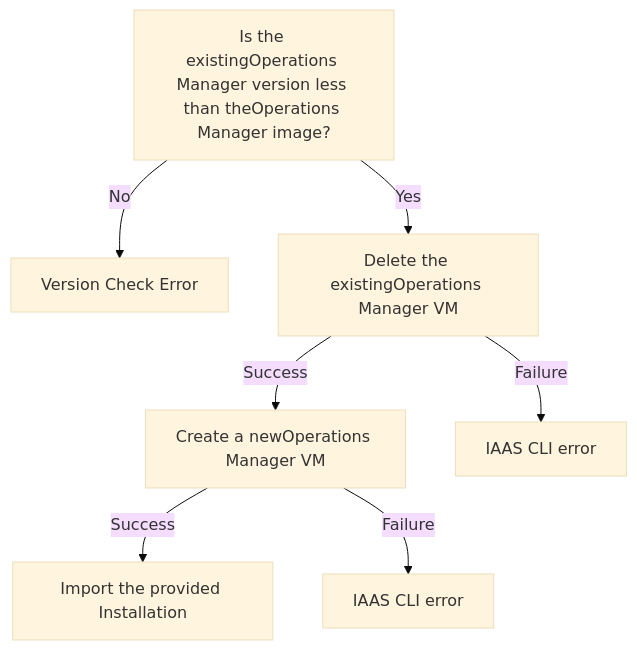
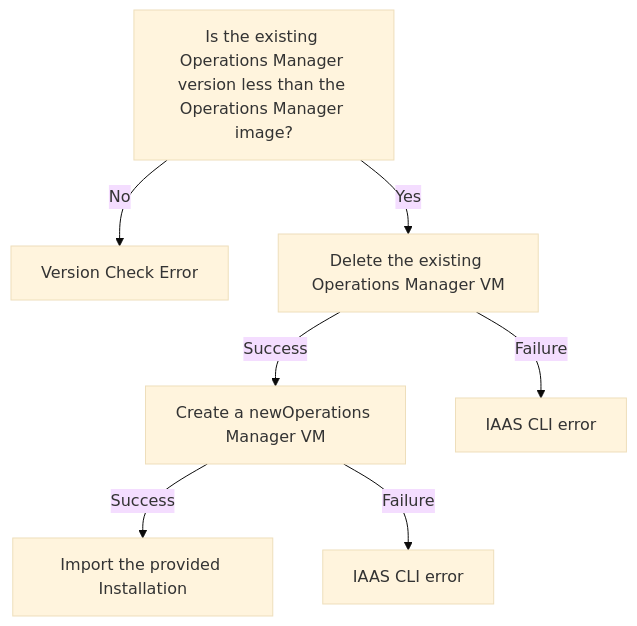
Before and after one commit to pivotal/docs-platform-automation: the diagram in docs/upgrade-flowchart.mmd, drawn with Mermaid (base theme). The commit also changed 41 other files, not shown here.

Commit message:
update links and fix typos in 'Operations Manager'

```diff
--- a/docs/upgrade-flowchart.mmd
+++ b/docs/upgrade-flowchart.mmd
@@ -1,16 +1,16 @@
 <div class="mermaid">
 graph TD;
-  versionChk[Is the existingOperations Manager version less than theOperations Manager image?];
+  versionChk[Is the existing Operations Manager version less than the Operations Manager image?];
   versionError[Version Check Error];
-  delete[Delete the existingOperations Manager VM];
+  delete[Delete the existing Operations Manager VM];
   create[Create a newOperations Manager VM];
   iaasErr[IAAS CLI error];
   import[Import the provided Installation];
   iaasErr2[IAAS CLI error];
   versionChk -- No --> versionError;
   versionChk -- Yes --> delete;
   delete -- Success --> create;
   delete -- Failure --> iaasErr;
   create -- Success --> import ;
   create -- Failure --> iaasErr2;
 </div>
```
